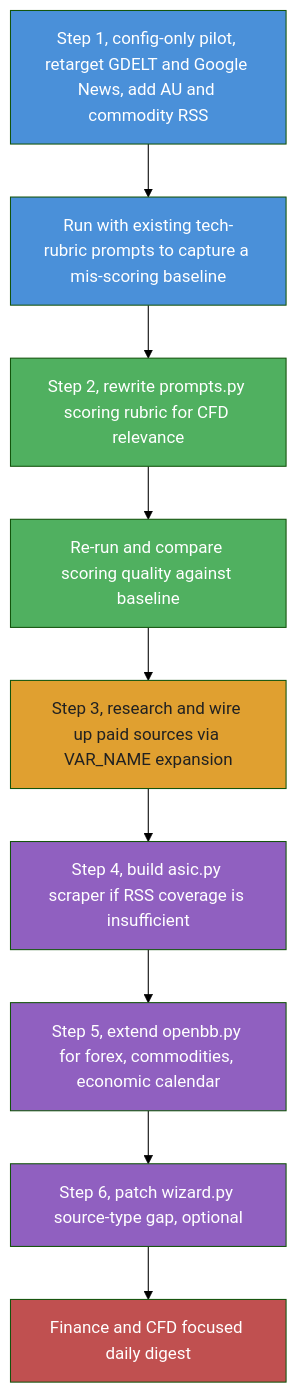
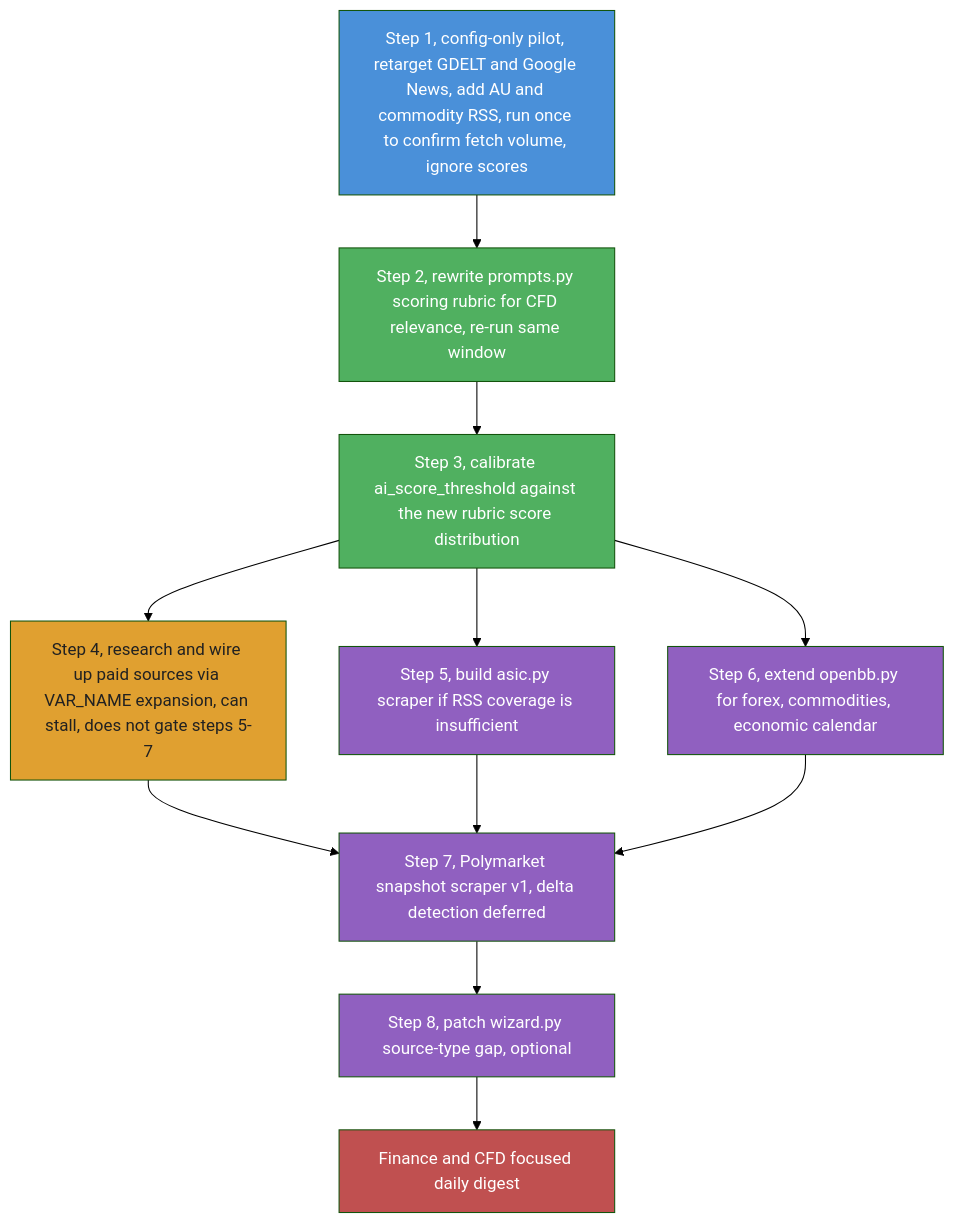
Before and after one commit to David-Zeng/Horizon: the sixth of 9 diagrams in docs/finance-cfd-pivot-plan.md, drawn with Mermaid (forest theme). The commit also changed other lines of this file, not shown here.

Commit message:
feat(docs): update finance CFD pivot plan with detailed source adjustments and operational considerations

````diff
--- a/docs/finance-cfd-pivot-plan.md
+++ b/docs/finance-cfd-pivot-plan.md
@@ -404,31 +435,33 @@
 ```mermaid
 flowchart TD
-    pilot["Step 1, config-only pilot, retarget GDELT and Google News, add AU and commodity RSS"]
-    baseline["Run with existing tech-rubric prompts to capture a mis-scoring baseline"]
-    rubric["Step 2, rewrite prompts.py scoring rubric for CFD relevance"]
-    compare["Re-run and compare scoring quality against baseline"]
-    paidstep["Step 3, research and wire up paid sources via VAR_NAME expansion"]
-    asicstep["Step 4, build asic.py scraper if RSS coverage is insufficient"]
-    openbbstep["Step 5, extend openbb.py for forex, commodities, economic calendar"]
-    wizardstep["Step 6, patch wizard.py source-type gap, optional"]
+    pilot["Step 1, config-only pilot, retarget GDELT and Google News, add AU and commodity RSS, run once to confirm fetch volume, ignore scores"]
+    rubric["Step 2, rewrite prompts.py scoring rubric for CFD relevance, re-run same window"]
+    calibrate["Step 3, calibrate ai_score_threshold against the new rubric score distribution"]
+    paidstep["Step 4, research and wire up paid sources via VAR_NAME expansion, can stall, does not gate steps 5-7"]
+    asicstep["Step 5, build asic.py scraper if RSS coverage is insufficient"]
+    openbbstep["Step 6, extend openbb.py for forex, commodities, economic calendar"]
+    polymarketstep["Step 7, Polymarket snapshot scraper v1, delta detection deferred"]
+    wizardstep["Step 8, patch wizard.py source-type gap, optional"]
     done["Finance and CFD focused daily digest"]
 
-    pilot --> baseline
-    baseline --> rubric
-    rubric --> compare
-    compare --> paidstep
-    paidstep --> asicstep
-    asicstep --> openbbstep
-    openbbstep --> wizardstep
+    pilot --> rubric
+    rubric --> calibrate
+    calibrate --> paidstep
+    calibrate --> asicstep
+    calibrate --> openbbstep
+    paidstep --> polymarketstep
+    asicstep --> polymarketstep
+    openbbstep --> polymarketstep
+    polymarketstep --> wizardstep
     wizardstep --> done
 
     style pilot fill:#4a90d9,color:#ffffff
-    style baseline fill:#4a90d9,color:#ffffff
     style rubric fill:#50b060,color:#ffffff
-    style compare fill:#50b060,color:#ffffff
+    style calibrate fill:#50b060,color:#ffffff
     style paidstep fill:#e0a030,color:#212121
     style asicstep fill:#9060c0,color:#ffffff
     style openbbstep fill:#9060c0,color:#ffffff
+    style polymarketstep fill:#9060c0,color:#ffffff
     style wizardstep fill:#9060c0,color:#ffffff
     style done fill:#c05050,color:#ffffff
 ```
````
